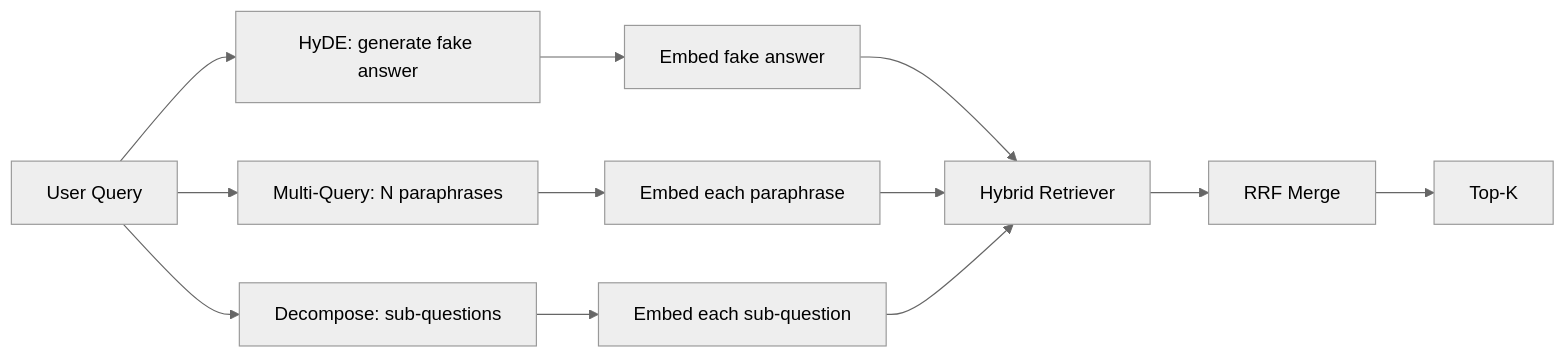
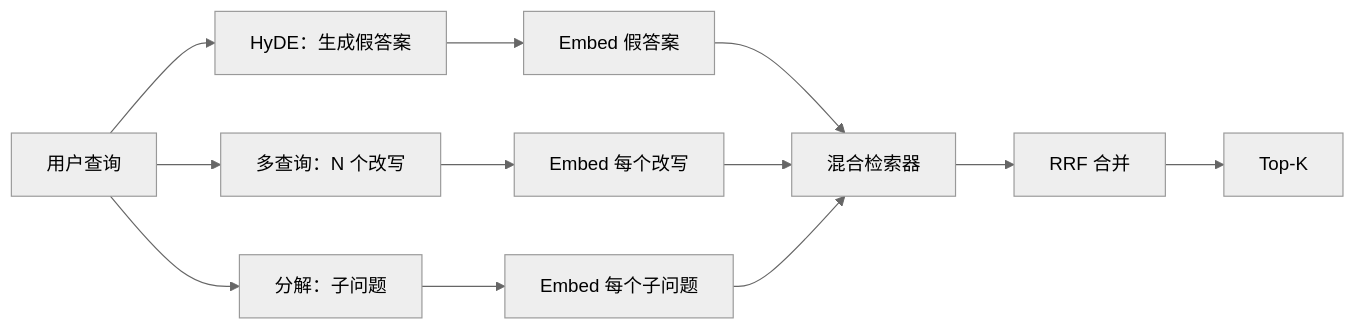
Before and after one commit to guangningsun/ailearning: the diagram in lessons/19-capstone-projects/67-query-rewriting-hyde/docs/zh.md, drawn with Mermaid (neutral theme). The commit also changed other lines of this file and 85 other files, not shown here.

````diff
--- a/lessons/19-capstone-projects/67-query-rewriting-hyde/docs/zh.md
+++ b/lessons/19-capstone-projects/67-query-rewriting-hyde/docs/zh.md
@@ -29,14 +30,14 @@
 ```mermaid
 flowchart LR
-  Query[User Query] --> HyDE[HyDE: generate fake answer]
-  Query --> MQ[Multi-Query: N paraphrases]
-  Query --> DC[Decompose: sub-questions]
-  HyDE --> Embed1[Embed fake answer]
-  MQ --> Embed2[Embed each paraphrase]
-  DC --> Embed3[Embed each sub-question]
-  Embed1 --> Retrieve[Hybrid Retriever]
+  Query[用户查询] --> HyDE[HyDE：生成假答案]
+  Query --> MQ[多查询：N 个改写]
+  Query --> DC[分解：子问题]
+  HyDE --> Embed1[Embed 假答案]
+  MQ --> Embed2[Embed 每个改写]
+  DC --> Embed3[Embed 每个子问题]
+  Embed1 --> Retrieve[混合检索器]
   Embed2 --> Retrieve
   Embed3 --> Retrieve
-  Retrieve --> Merge[RRF Merge]
+  Retrieve --> Merge[RRF 合并]
   Merge --> Out[Top-K]
 ```
````
